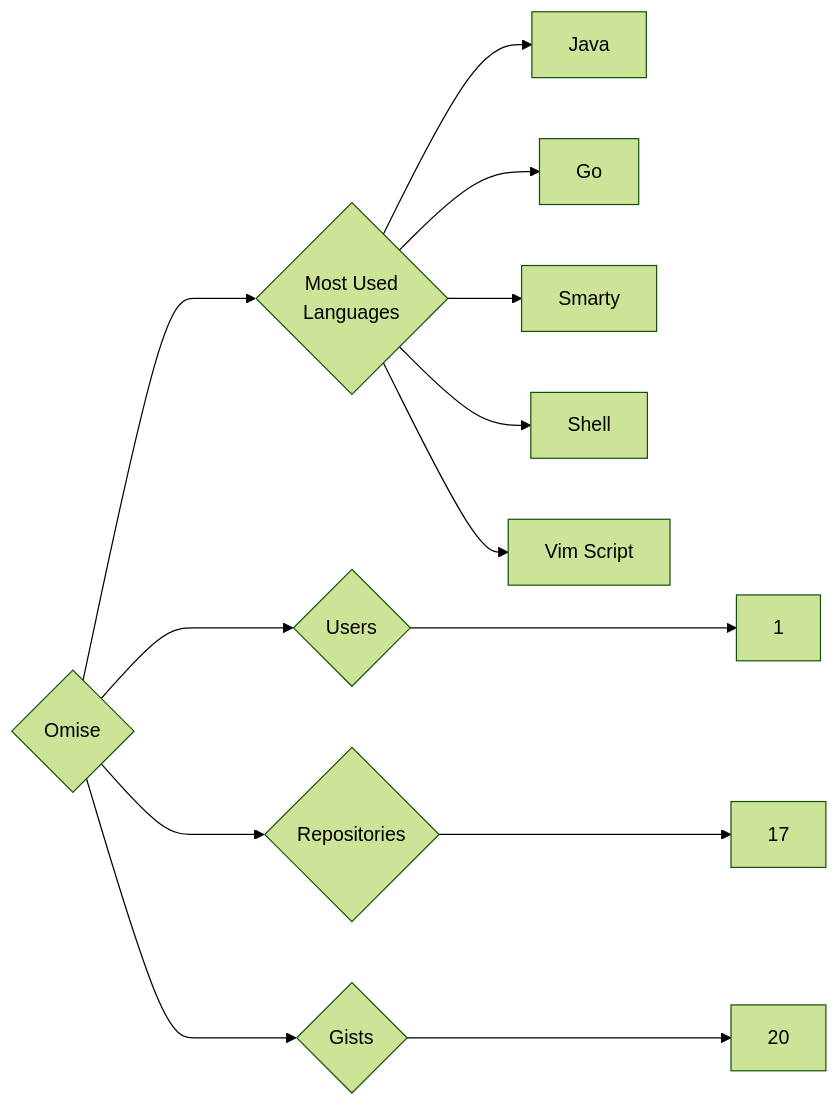
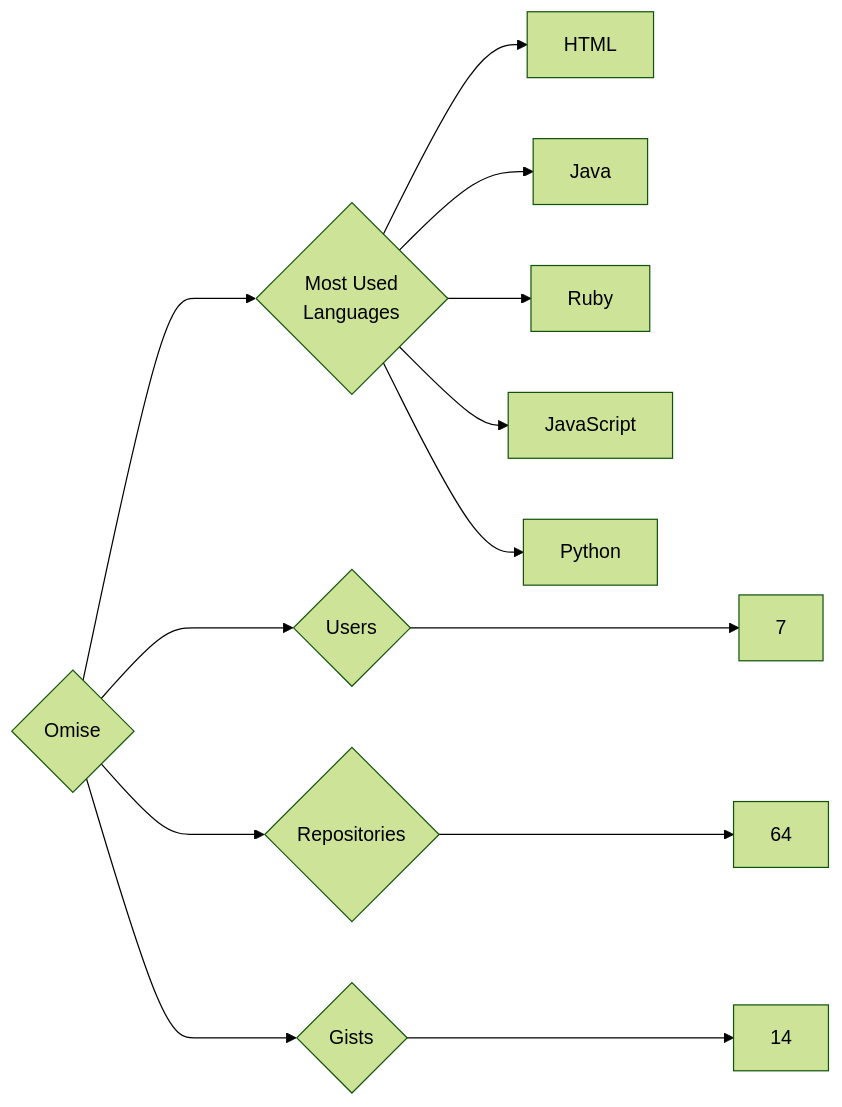
Before and after one commit to trickest/insiders: the diagram in targets/Omise/README.md, drawn with Mermaid (forest theme). The commit also changed 871 other files, not shown here.

````diff
--- a/targets/Omise/README.md
+++ b/targets/Omise/README.md
@@ -3,13 +3,13 @@
 ```mermaid
 graph LR
 COMPANY_NAME{Omise}
-COMPANY_NAME ---> U{Users} ---> UN[1]
-COMPANY_NAME ---> R{Repositories} ---> RN[17]
-COMPANY_NAME ---> G{Gists} ---> GN[20]
+COMPANY_NAME ---> U{Users} ---> UN[7]
+COMPANY_NAME ---> R{Repositories} ---> RN[64]
+COMPANY_NAME ---> G{Gists} ---> GN[14]
 COMPANY_NAME ---> ML{Most Used<br>Languages}
+ML --> HTML[HTML]
 ML --> Java[Java]
-ML --> Go[Go]
-ML --> Smarty[Smarty]
-ML --> Shell[Shell]
-ML --> Vim_Script[Vim Script]
+ML --> Ruby[Ruby]
+ML --> JavaScript[JavaScript]
+ML --> Python[Python]
 ```
````
